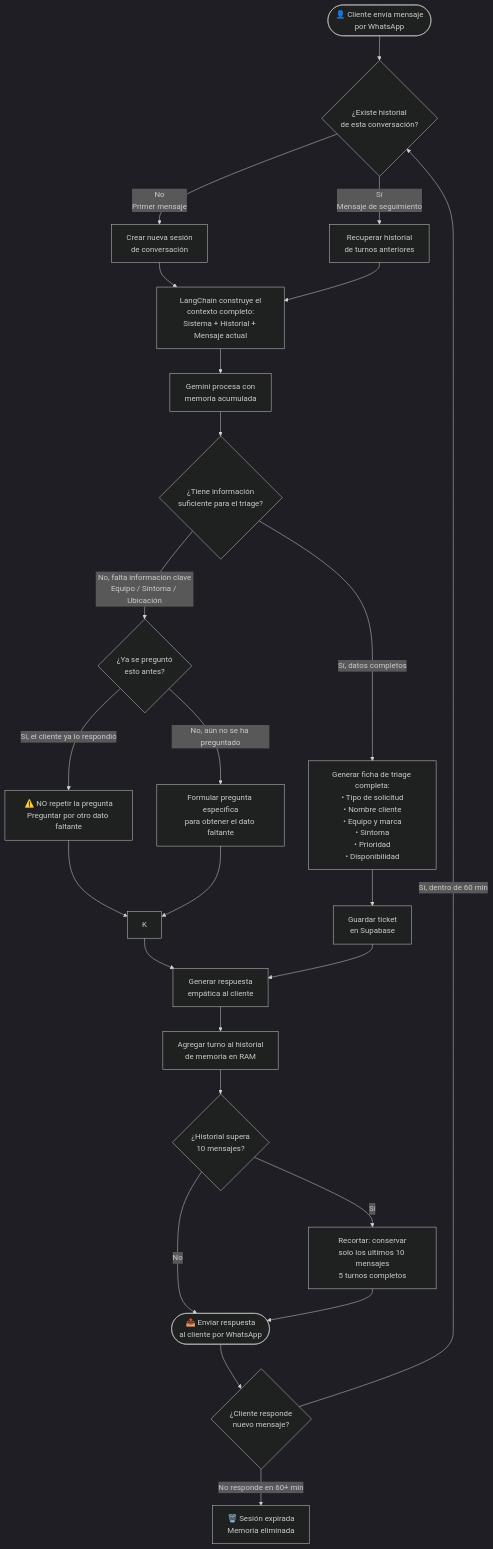
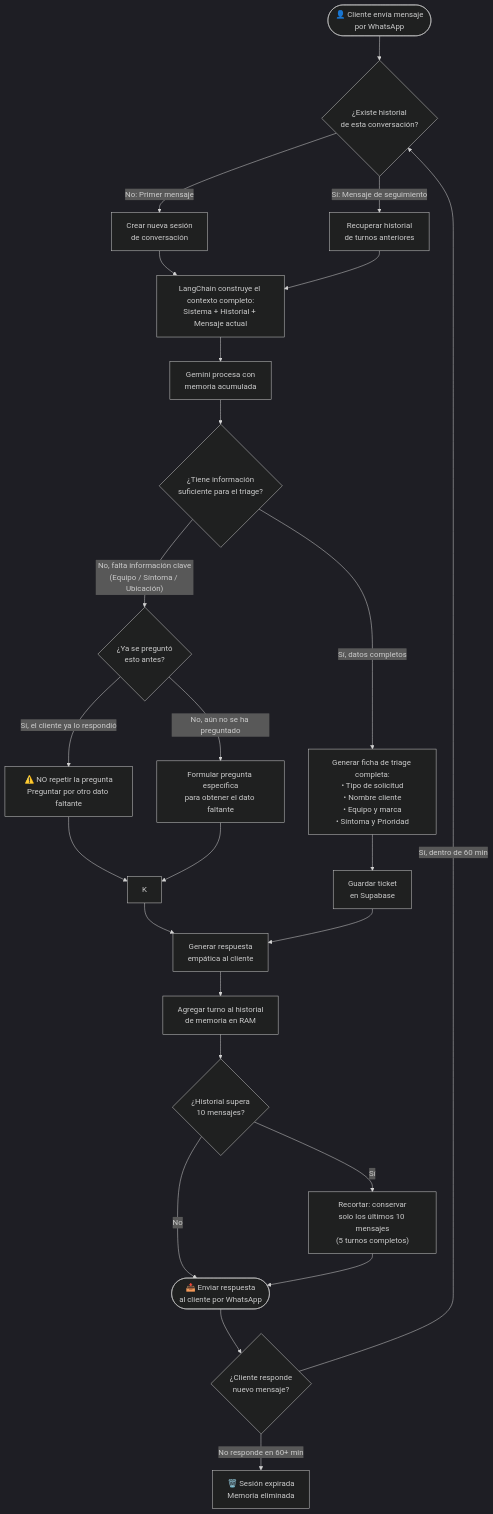
Before and after one commit to Afkllife2/bot-triage-interchile: the diagram in docs/DIAGRAMA_FLUJO_HU02_MEMORIA.md, drawn with Mermaid (dark theme). The commit also changed 12 other files, not shown here.

````diff
--- a/docs/DIAGRAMA_FLUJO_HU02_MEMORIA.md
+++ b/docs/DIAGRAMA_FLUJO_HU02_MEMORIA.md
@@ -30,46 +30,46 @@
 ```mermaid
 flowchart TD
-    A([👤 Cliente envía mensaje\npor WhatsApp]) --> B
+    A(["👤 Cliente envía mensaje\npor WhatsApp"]) --> B
 
-    B{¿Existe historial\nde esta conversación?}
+    B{"¿Existe historial\nde esta conversación?"}
 
-    B -- No\nPrimer mensaje --> C[Crear nueva sesión\nde conversación]
-    B -- Sí\nMensaje de seguimiento --> D[Recuperar historial\nde turnos anteriores]
+    B -- "No: Primer mensaje" --> C["Crear nueva sesión\nde conversación"]
+    B -- "Sí: Mensaje de seguimiento" --> D["Recuperar historial\nde turnos anteriores"]
 
     C --> E
     D --> E
 
-    E[LangChain construye el\ncontexto completo:\nSistema + Historial + Mensaje actual]
+    E["LangChain construye el contexto completo:\nSistema + Historial + Mensaje actual"]
 
-    E --> F[Gemini procesa con\nmemoria acumulada]
+    E --> F["Gemini procesa con\nmemoria acumulada"]
 
-    F --> G{¿Tiene información\nsuficiente para el triage?}
+    F --> G{"¿Tiene información\nsuficiente para el triage?"}
 
-    G -- No, falta información clave\nEquipo / Síntoma / Ubicación --> H{¿Ya se preguntó\nesto antes?}
+    G -- "No, falta información clave\n(Equipo / Síntoma / Ubicación)" --> H{"¿Ya se preguntó\nesto antes?"}
 
-    H -- Sí, el cliente ya lo respondió --> I[⚠️ NO repetir la pregunta\nPreguntar por otro dato faltante]
-    H -- No, aún no se ha preguntado --> J[Formular pregunta específica\npara obtener el dato faltante]
+    H -- "Sí, el cliente ya lo respondió" --> I["⚠️ NO repetir la pregunta\nPreguntar por otro dato faltante"]
+    H -- "No, aún no se ha preguntado" --> J["Formular pregunta específica\npara obtener el dato faltante"]
 
     I --> K
     J --> K
 
-    G -- Sí, datos completos --> L[Generar ficha de triage completa:\n• Tipo de solicitud\n• Nombre cliente\n• Equipo y marca\n• Síntoma\n• Prioridad\n• Disponibilidad]
+    G -- "Sí, datos completos" --> L["Generar ficha de triage completa:\n• Tipo de solicitud\n• Nombre cliente\n• Equipo y marca\n• Síntoma y Prioridad"]
 
-    L --> M[Guardar ticket\nen Supabase]
+    L --> M["Guardar ticket\nen Supabase"]
 
-    K --> N[Generar respuesta\nempática al cliente]
+    K --> N["Generar respuesta\nempática al cliente"]
     M --> N
 
-    N --> O[Agregar turno al historial\nde memoria en RAM]
+    N --> O["Agregar turno al historial\nde memoria en RAM"]
 
-    O --> P{¿Historial supera\n10 mensajes?}
+    O --> P{"¿Historial supera\n10 mensajes?"}
 
-    P -- Sí --> Q[Recortar: conservar\nsolo los últimos 10 mensajes\n5 turnos completos]
-    P -- No --> R
+    P -- "Sí" --> Q["Recortar: conservar\nsolo los últimos 10 mensajes\n(5 turnos completos)"]
+    P -- "No" --> R
 
-    Q --> R([📤 Enviar respuesta\nal cliente por WhatsApp])
+    Q --> R(["📤 Enviar respuesta\nal cliente por WhatsApp"])
 
-    R --> S{¿Cliente responde\nnuevo mensaje?}
-    S -- Sí, dentro de 60 min --> B
-    S -- No responde en 60+ min --> T[🗑️ Sesión expirada\nMemoria eliminada]
+    R --> S{"¿Cliente responde\nnuevo mensaje?"}
+    S -- "Sí, dentro de 60 min" --> B
+    S -- "No responde en 60+ min" --> T["🗑️ Sesión expirada\nMemoria eliminada"]
 ```
````
